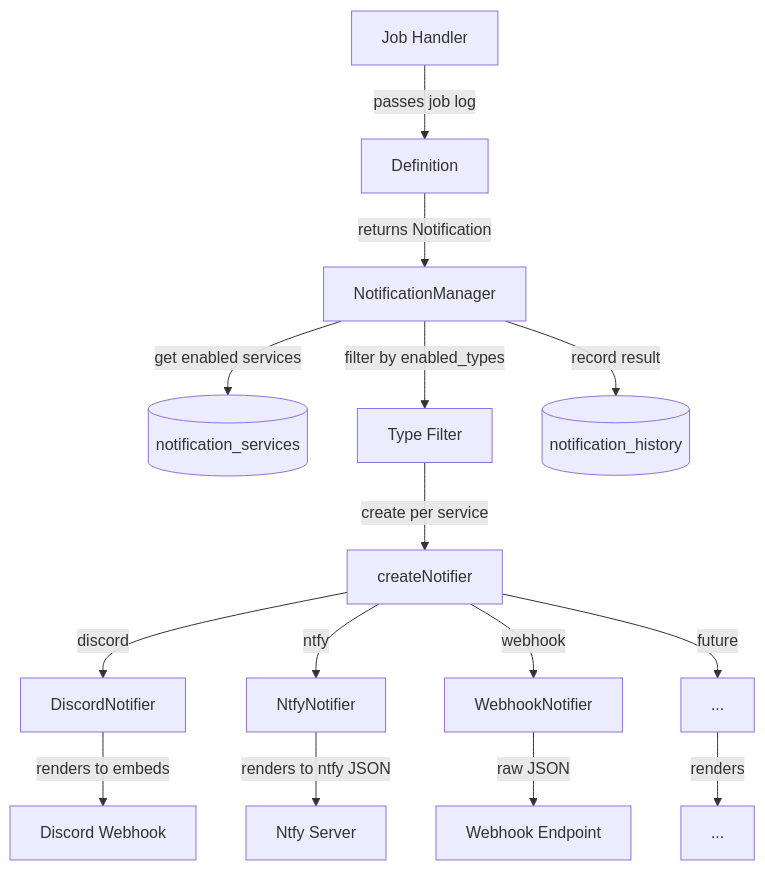
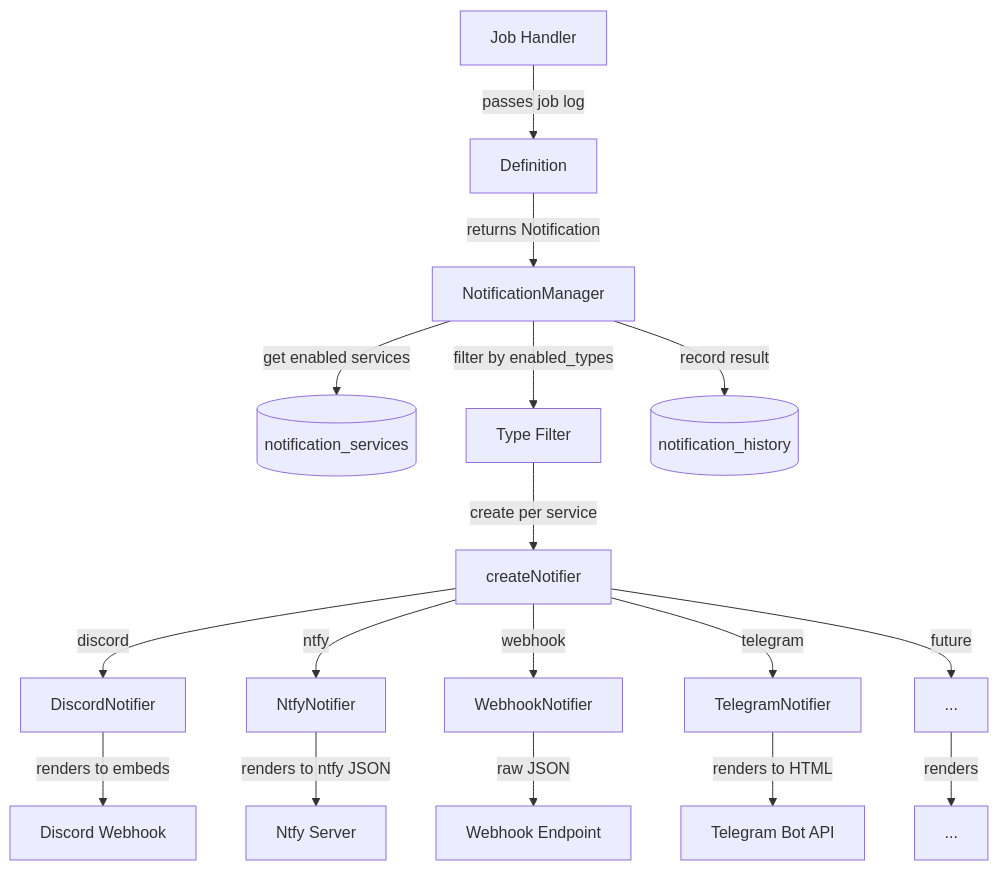
The diagram in docs/architecture/notifications.md (fragglexarmy/profilarr), drawn with Mermaid before and after one commit. The commit also changed other lines of this file and 18 other files, not shown here.

````diff
--- a/docs/architecture/notifications.md
+++ b/docs/architecture/notifications.md
@@ -46,21 +47,23 @@
 ```mermaid
 flowchart TD
     JOB[Job Handler] -->|"passes job log"| DEF[Definition]
     DEF -->|"returns Notification"| NM[NotificationManager]
 
     NM -->|get enabled services| DB[(notification_services)]
     NM -->|filter by enabled_types| FILTER[Type Filter]
     FILTER -->|create per service| FACTORY[createNotifier]
 
     FACTORY -->|discord| DISCORD[DiscordNotifier]
     FACTORY -->|ntfy| NTFY[NtfyNotifier]
     FACTORY -->|webhook| WEBHOOK[WebhookNotifier]
+    FACTORY -->|telegram| TELEGRAM[TelegramNotifier]
     FACTORY -->|future| OTHER[...]
 
     DISCORD -->|renders to embeds| WEBHOOK_D[Discord Webhook]
     NTFY -->|renders to ntfy JSON| WEBHOOK_N[Ntfy Server]
     WEBHOOK -->|raw JSON| WEBHOOK_W[Webhook Endpoint]
+    TELEGRAM -->|renders to HTML| WEBHOOK_T[Telegram Bot API]
     OTHER -->|renders| WEBHOOK_O[...]
 
     NM -->|record result| HISTORY[(notification_history)]
 ```
````
